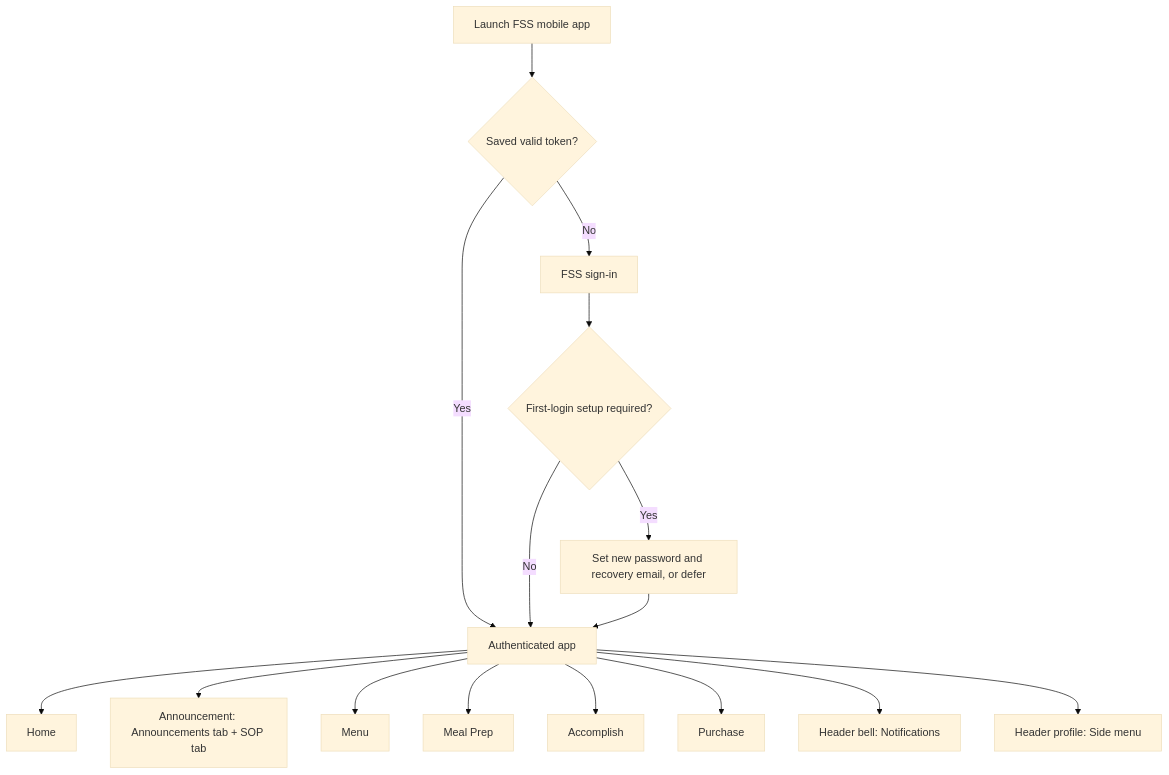
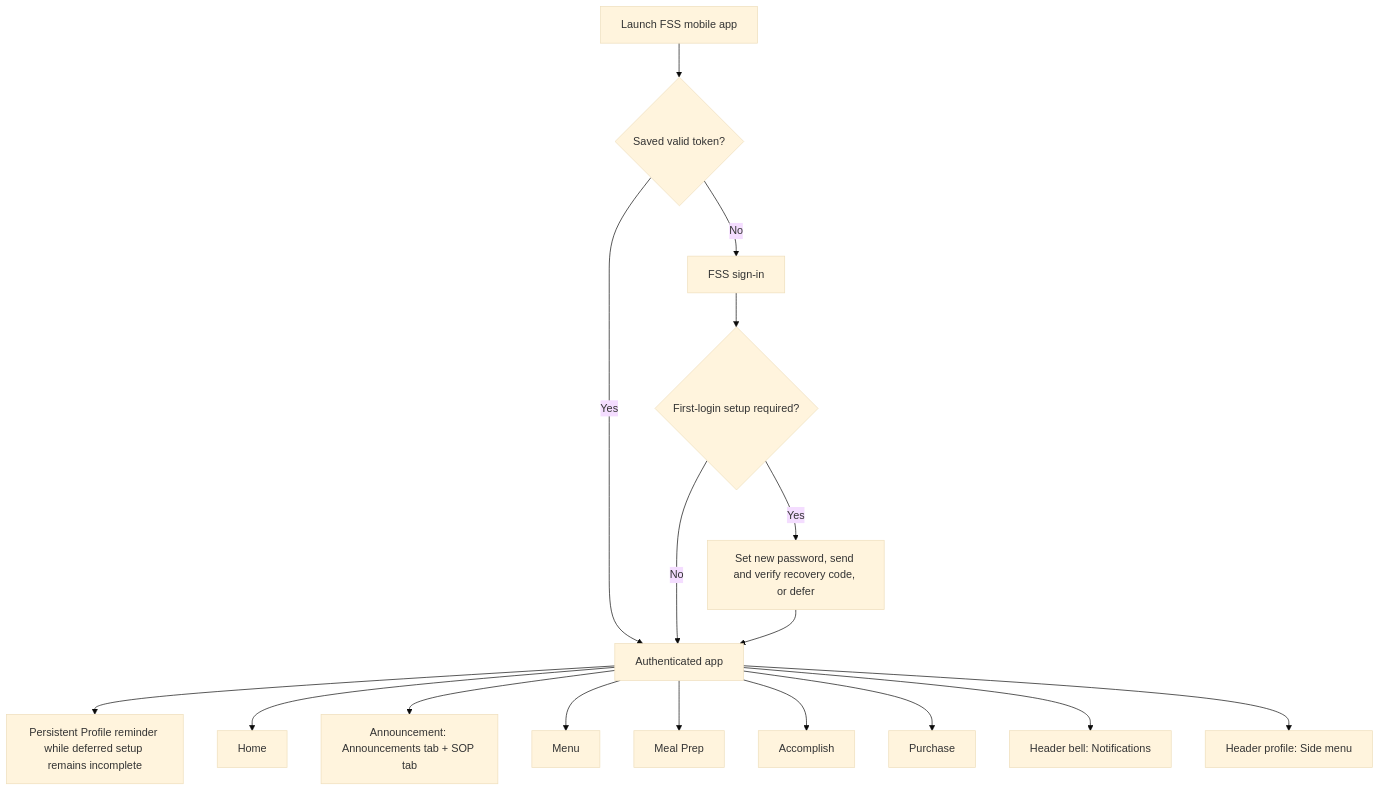
Before and after one commit to ja2gc/Nutriscope: the first of 5 diagrams in docs/modules/Flowcharts/FSS Mobile Execution Flow.md, drawn with Mermaid (base theme). The commit also changed 36 other files, not shown here.

Commit message:
Implement verified recovery password workflow

````diff
--- a/docs/modules/Flowcharts/FSS Mobile Execution Flow.md
+++ b/docs/modules/Flowcharts/FSS Mobile Execution Flow.md
@@ -7,20 +7,21 @@
 ```mermaid
 flowchart TD
     A["Launch FSS mobile app"] --> B{"Saved valid token?"}
     B -->|"No"| C["FSS sign-in"]
     B -->|"Yes"| D["Authenticated app"]
     C --> E{"First-login setup required?"}
-    E -->|"Yes"| F["Set new password and recovery email, or defer"]
+    E -->|"Yes"| F["Set new password, send and verify recovery code, or defer"]
     E -->|"No"| D
     F --> D
+    D --> R["Persistent Profile reminder while deferred setup remains incomplete"]
 
     D --> H1["Home"]
     D --> H2["Announcement: Announcements tab + SOP tab"]
     D --> H3["Menu"]
     D --> H4["Meal Prep"]
     D --> H5["Accomplish"]
     D --> H6["Purchase"]
 
     D --> X1["Header bell: Notifications"]
     D --> X2["Header profile: Side menu"]
 ```
````
